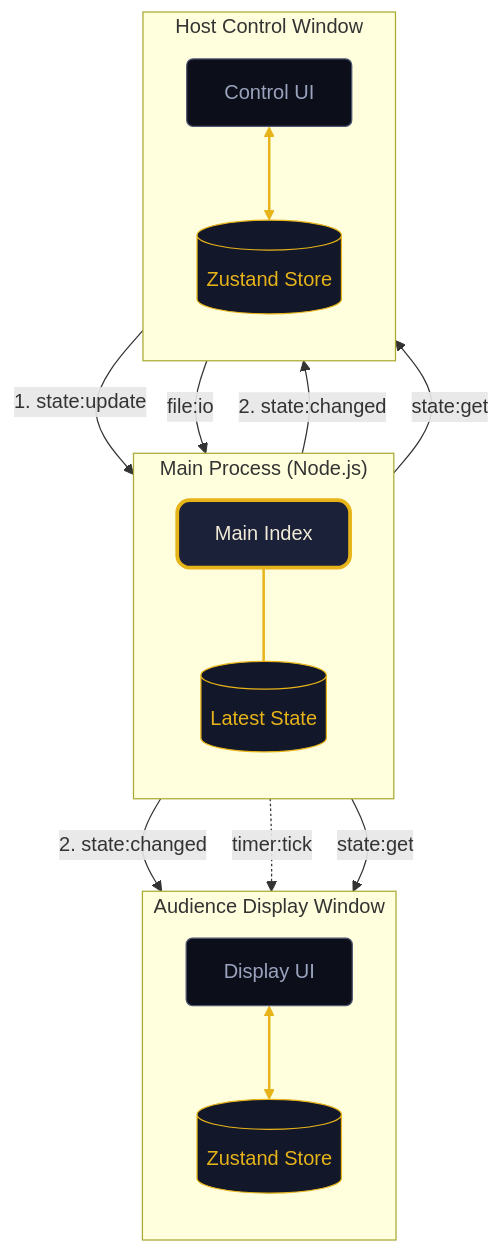
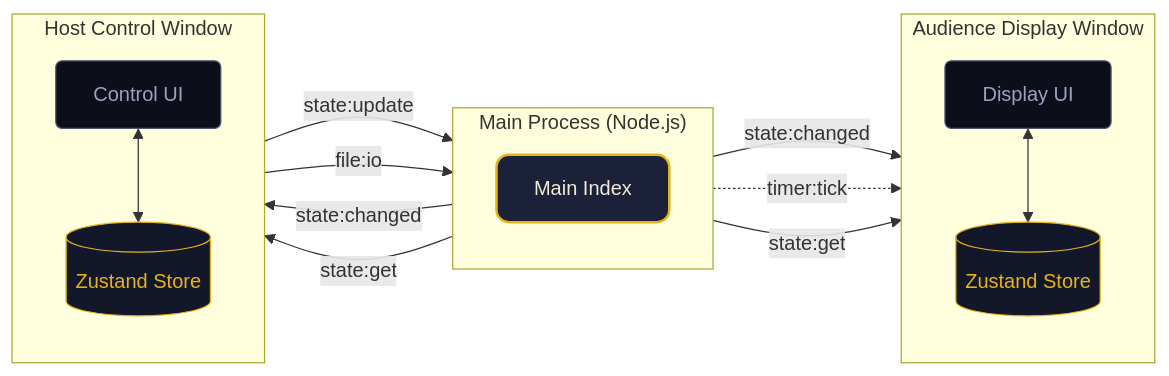
One commit to xMinhx/jeopardy-studio changed the diagram in README.md. Above: the diagram before and after it, drawn with Mermaid.

Commit message:
docs: revert architecture diagram to horizontal layout

````diff
--- a/README.md
+++ b/README.md
@@ -134,44 +134,36 @@
 ```mermaid
-graph TD
+graph LR
     %% Theme Configuration
-    classDef main fill:#1a2138,stroke:#e6b319,stroke-width:3px,color:#f0ead6,rx:10,ry:10;
+    classDef main fill:#1a2138,stroke:#e6b319,stroke-width:2px,color:#f0ead6,rx:10,ry:10;
     classDef renderer fill:#0c0f1a,stroke:#4e5670,stroke-width:1px,color:#9ba3bf,rx:5,ry:5;
     classDef store fill:#12172a,stroke:#e6b319,stroke-width:1px,color:#e6b319,rx:20,ry:20;
-    classDef action fill:#e6b319,stroke:#f5c736,stroke-width:2px,color:#0c0f1a,font-weight:bold;
 
     subgraph Main ["Main Process (Node.js)"]
         direction TB
         M_IDX[Main Index]:::main
-        M_LATEST[(Latest State)]:::store
-        M_IDX --- M_LATEST
     end
 
     subgraph Host ["Host Control Window"]
         direction TB
         C_UI[Control UI]:::renderer
         C_ST[(Zustand Store)]:::store
         C_UI <--> C_ST
     end
 
     subgraph Audience ["Audience Display Window"]
         direction TB
         D_UI[Display UI]:::renderer
         D_ST[(Zustand Store)]:::store
         D_UI <--> D_ST
     end
 
     %% Communication Flow
-    C_UI -- "1. state:update" --> M_IDX
-    M_IDX -- "2. state:changed" --> D_UI
-    M_IDX -- "2. state:changed" --> C_UI
+    C_UI -- "state:update" --> M_IDX
+    M_IDX -- "state:changed" --> D_UI
+    M_IDX -- "state:changed" --> C_UI
     
     M_IDX -. "timer:tick" .-> D_UI
     C_UI -- "file:io" --> M_IDX
-
-    %% Initialization
     M_IDX -- "state:get" --> C_ST
     M_IDX -- "state:get" --> D_ST
-
-    %% Styling
-    linkStyle 0,1,2 stroke:#e6b319,stroke-width:2px;
 ```
````
